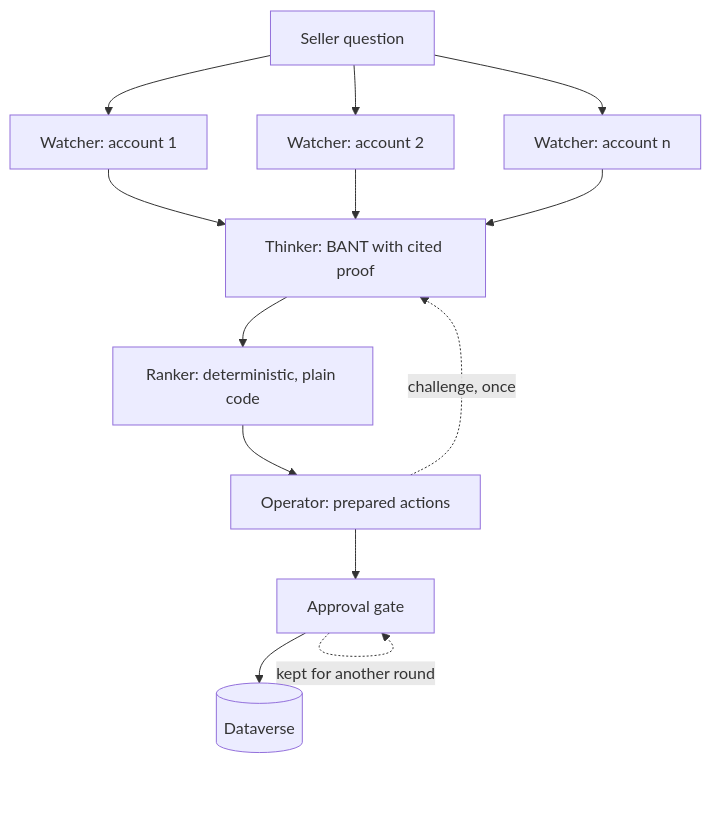
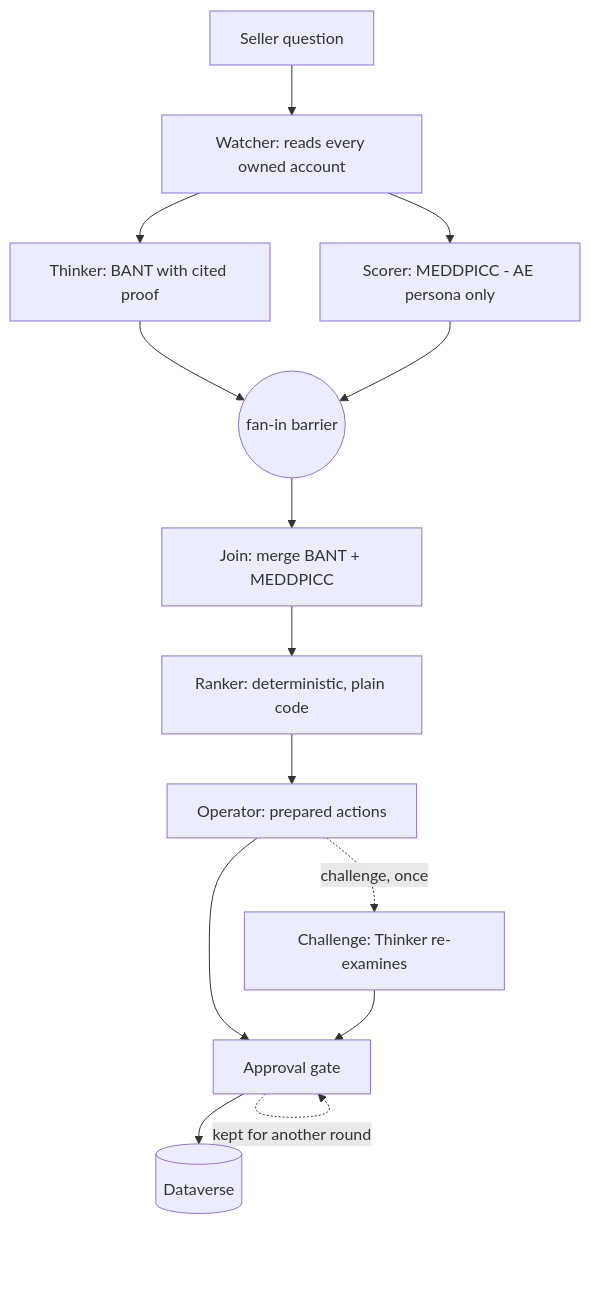
One commit to allandecastro/dataverse-agent-framework-sales changed the second of 3 diagrams in README.md. Above: the diagram before and after it, drawn with Mermaid. The commit also changed other lines of this file and 6 other files, not shown here.

````diff
--- a/README.md
+++ b/README.md
@@ -93,15 +93,16 @@
 ```mermaid
 flowchart TD
-    Q[Seller question] --> W1[Watcher: account 1]
-    Q --> W2[Watcher: account 2]
-    Q --> Wn[Watcher: account n]
-    W1 --> T[Thinker: BANT with cited proof]
-    W2 --> T
-    Wn --> T
-    T --> R[Ranker: deterministic, plain code]
+    Q[Seller question] --> W[Watcher: reads every owned account]
+    W --> T[Thinker: BANT with cited proof]
+    W --> S[Scorer: MEDDPICC - AE persona only]
+    T --> B((fan-in barrier))
+    S --> B
+    B --> J[Join: merge BANT + MEDDPICC]
+    J --> R[Ranker: deterministic, plain code]
     R --> O[Operator: prepared actions]
-    O -. challenge, once .-> T
+    O -. challenge, once .-> C[Challenge: Thinker re-examines]
     O --> A[Approval gate]
+    C --> A
     A --> D[(Dataverse)]
     A -. kept for another round .-> A
 ```
````
